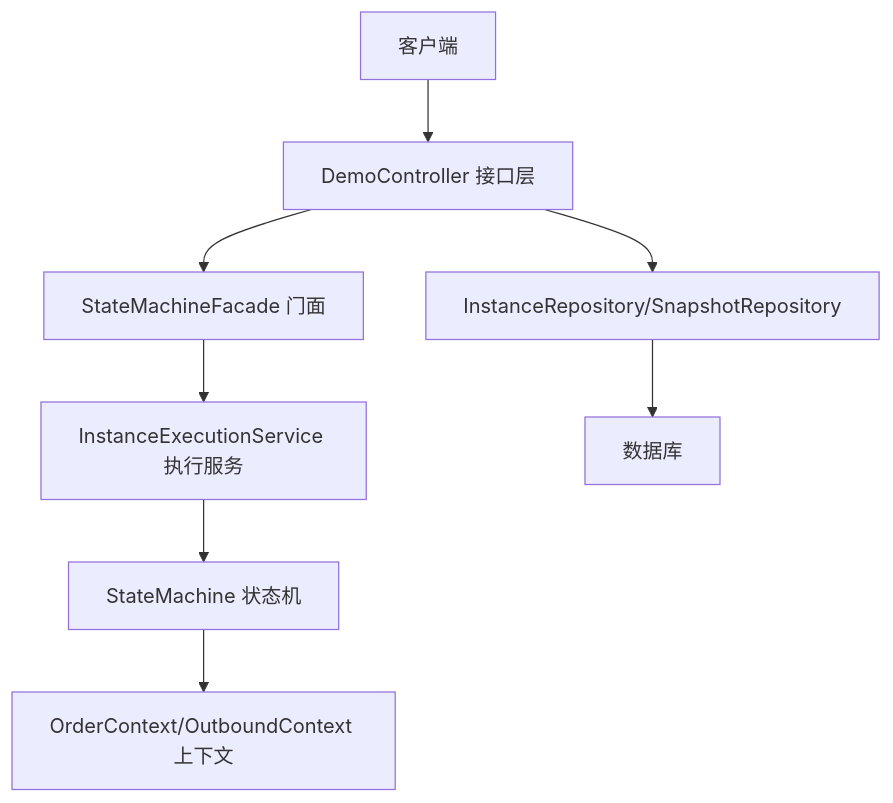
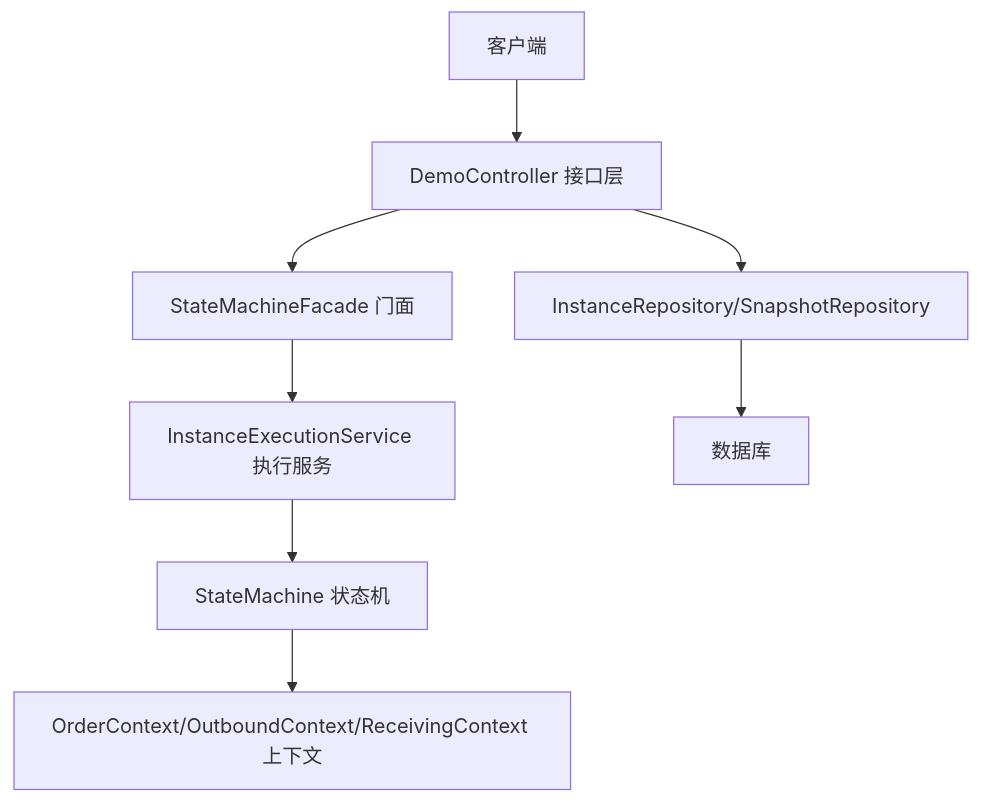
One commit to xiaoche80s-tech/state-machine-parent changed the second of 8 diagrams in .qoder/repowiki/zh/content/示例与最佳实践/演示应用详解.md. Above: the diagram before and after it, drawn with Mermaid. The commit also changed other lines of this file and 17 other files, not shown here.

````diff
--- a/.qoder/repowiki/zh/content/示例与最佳实践/演示应用详解.md
+++ b/.qoder/repowiki/zh/content/示例与最佳实践/演示应用详解.md
@@ -119,10 +139,10 @@
 ```mermaid
 graph TB
 Client["客户端"] --> API["DemoController 接口层"]
 API --> Facade["StateMachineFacade 门面"]
 Facade --> ExecSvc["InstanceExecutionService 执行服务"]
 ExecSvc --> SM["StateMachine 状态机"]
-SM --> Ctx["OrderContext/OutboundContext 上下文"]
+SM --> Ctx["OrderContext/OutboundContext/ReceivingContext 上下文"]
 API --> Repo["InstanceRepository/SnapshotRepository"]
 Repo --> DB["数据库"]
 ```
````
